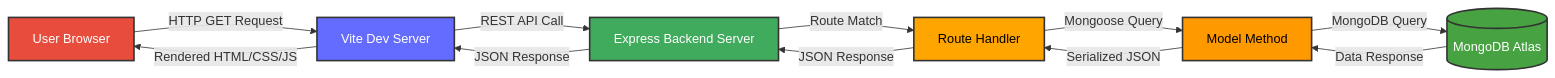
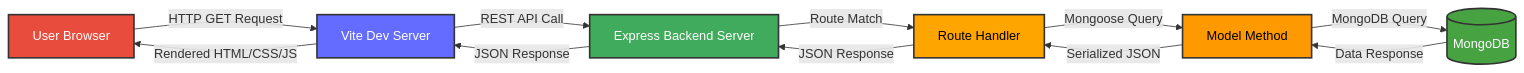
Before and after one commit to Adityamurthy775/CampusFlow: the second of 11 diagrams in README.md, drawn with Mermaid. The commit also changed other lines of this file and 24 other files, not shown here.

````diff
--- a/README.md
+++ b/README.md
@@ -136,20 +190,20 @@
 ```mermaid
 flowchart LR
     UserBrowser[User Browser] -->|HTTP GET Request| ViteDev[Vite Dev Server]
     ViteDev -->|REST API Call| ExpressServer[Express Backend Server]
     ExpressServer -->|Route Match| RouteHandler[Route Handler]
     RouteHandler -->|Mongoose Query| MongooseModel[Model Method]
-    MongooseModel -->|MongoDB Query| MongoDBAtlas[(MongoDB Atlas)]
+    MongooseModel -->|MongoDB Query| MongoDBAtlas[(MongoDB)]
     MongoDBAtlas -->|Data Response| MongooseModel
     MongooseModel -->|Serialized JSON| RouteHandler
     RouteHandler -->|JSON Response| ExpressServer
     ExpressServer -->|JSON Response| ViteDev
     ViteDev -->|Rendered HTML/CSS/JS| UserBrowser
 
     style UserBrowser fill:#e74c3c,stroke:#333,stroke-width:2px,color:#fff
     style ViteDev fill:#646cff,stroke:#333,stroke-width:2px,color:#fff
     style ExpressServer fill:#41ab5d,stroke:#333,stroke-width:2px,color:#fff
     style RouteHandler fill:#ffa500,stroke:#333,stroke-width:2px,color:#000
     style MongooseModel fill:#ff9900,stroke:#333,stroke-width:2px,color:#000
     style MongoDBAtlas fill:#47a241,stroke:#333,stroke-width:2px,color:#fff
 ```
````
